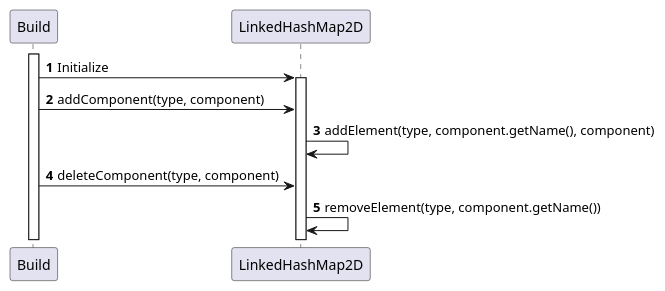
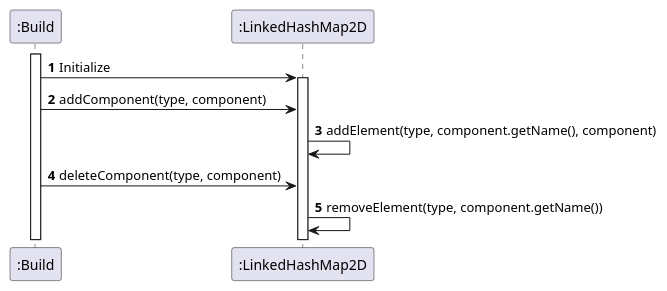
One commit to nus-cs2113-AY2223S1/tp changed the diagram in docs/puml/BuildSequence.puml. Above: the diagram before and after it, drawn with PlantUML. The commit also changed 1 other file, not shown here.

Commit message:
Fixed spelling of checking, added colons to BuildSequeince Diagram

```diff
--- a/docs/puml/BuildSequence.puml
+++ b/docs/puml/BuildSequence.puml
@@ -1,20 +1,20 @@
 @startuml
 'https://plantuml.com/sequence-diagram
 
 autonumber
 
-activate Build
-Build -> LinkedHashMap2D: Initialize
+activate ":Build"
+":Build" -> ":LinkedHashMap2D": Initialize
 
-activate LinkedHashMap2D
+activate ":LinkedHashMap2D"
 
-Build -> LinkedHashMap2D: addComponent(type, component)
+":Build" -> ":LinkedHashMap2D": addComponent(type, component)
 
-LinkedHashMap2D -> LinkedHashMap2D: addElement(type, component.getName(), component)
+":LinkedHashMap2D" -> ":LinkedHashMap2D": addElement(type, component.getName(), component)
 
-Build -> LinkedHashMap2D: deleteComponent(type, component)
+":Build" -> ":LinkedHashMap2D": deleteComponent(type, component)
 
-LinkedHashMap2D -> LinkedHashMap2D: removeElement(type, component.getName())
+":LinkedHashMap2D" -> ":LinkedHashMap2D": removeElement(type, component.getName())
 
 
 @enduml
```
